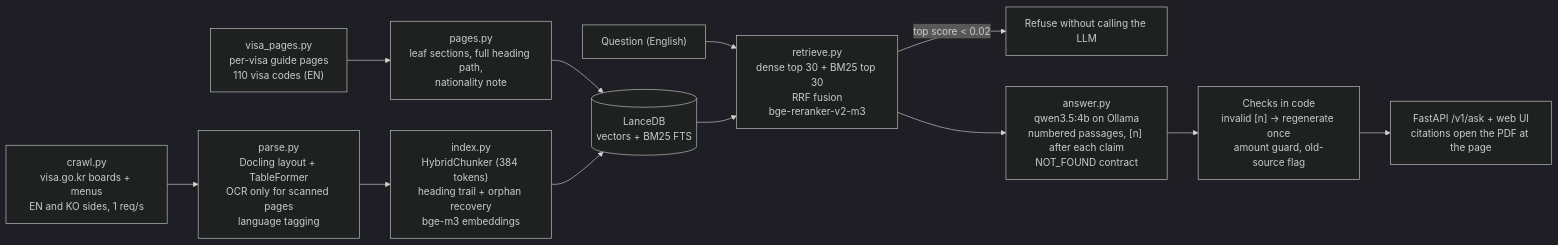
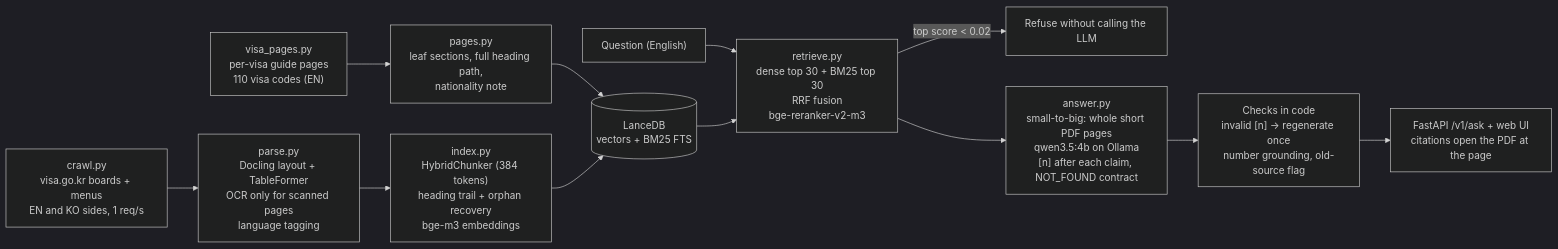
The diagram in README.md (Nodir0705/korea-visa-rag), drawn with Mermaid (dark theme) before and after one commit. The commit also changed other lines of this file and 5 other files, not shown here.

````diff
--- a/README.md
+++ b/README.md
@@ -67,14 +79,14 @@
 ```mermaid
 flowchart LR
     P["visa_pages.py<br/>per-visa guide pages<br/>110 visa codes (EN)"] --> PC["pages.py<br/>leaf sections, full heading path,<br/>nationality note"]
     PC --> D
     A["crawl.py<br/>visa.go.kr boards + menus<br/>EN and KO sides, 1 req/s"] --> B["parse.py<br/>Docling layout + TableFormer<br/>OCR only for scanned pages<br/>language tagging"]
     B --> C["index.py<br/>HybridChunker (384 tokens)<br/>heading trail + orphan recovery<br/>bge-m3 embeddings"]
     C --> D[("LanceDB<br/>vectors + BM25 FTS")]
     Q["Question (English)"] --> R["retrieve.py<br/>dense top 30 + BM25 top 30<br/>RRF fusion<br/>bge-reranker-v2-m3"]
     D --> R
     R -->|"top score < 0.02"| X["Refuse without calling the LLM"]
-    R --> G["answer.py<br/>qwen3.5:4b on Ollama<br/>numbered passages, [n] after each claim<br/>NOT_FOUND contract"]
-    G --> V["Checks in code<br/>invalid [n] → regenerate once<br/>amount guard, old-source flag"]
+    R --> G["answer.py<br/>small-to-big: whole short PDF pages<br/>qwen3.5:4b on Ollama<br/>[n] after each claim, NOT_FOUND contract"]
+    G --> V["Checks in code<br/>invalid [n] → regenerate once<br/>number grounding, old-source flag"]
     V --> API["FastAPI /v1/ask + web UI<br/>citations open the PDF at the page"]
 ```
````
